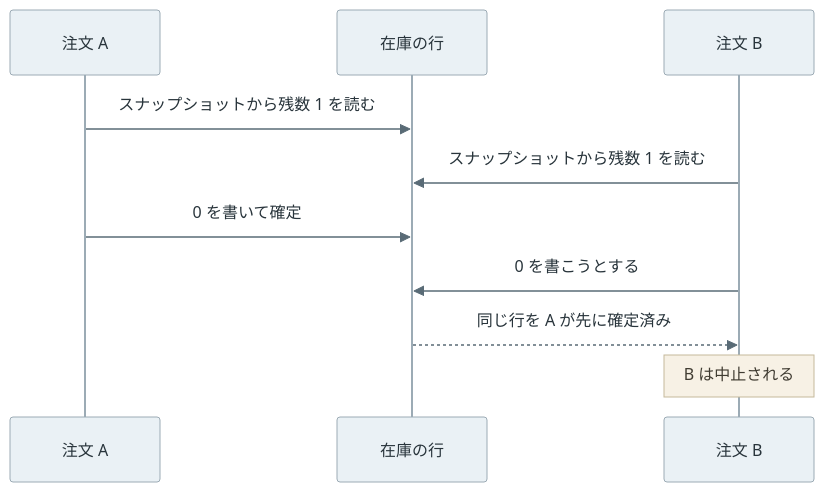
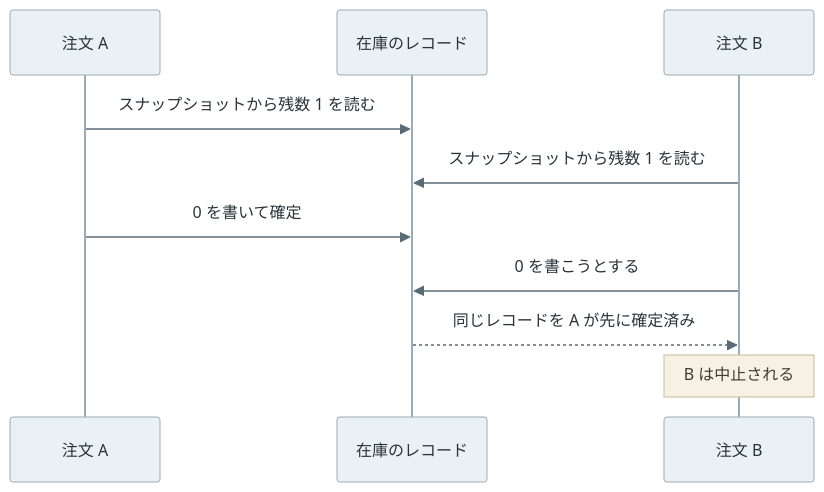
One commit to nao1215/debimate changed the second of 4 diagrams in content/notes/database-systems/snapshot-isolation/index.md. Above: the diagram before and after it, drawn with Mermaid. The commit also changed other lines of this file and 125 other files, not shown here.

````diff
--- a/content/notes/database-systems/snapshot-isolation/index.md
+++ b/content/notes/database-systems/snapshot-isolation/index.md
@@ -60,13 +62,13 @@
 ```mermaid
 %%{init: {"theme":"base","themeVariables":{"primaryColor":"#eaf1f5","primaryTextColor":"#28343b","primaryBorderColor":"#9cabb5","lineColor":"#596b76","textColor":"#28343b","actorBkg":"#eaf1f5","actorBorder":"#9cabb5","actorTextColor":"#28343b","actorLineColor":"#9cabb5","signalColor":"#596b76","signalTextColor":"#28343b","noteBkgColor":"#f7f1e5","noteBorderColor":"#c5b99b","noteTextColor":"#403c32","activationBkgColor":"#edf3ef","activationBorderColor":"#9aafa1"}}}%%
 sequenceDiagram
     participant A as 注文 A
-    participant D as 在庫の行
+    participant D as 在庫のレコード
     participant B as 注文 B
     A->>D: スナップショットから残数 1 を読む
     B->>D: スナップショットから残数 1 を読む
     A->>D: 0 を書いて確定
     B->>D: 0 を書こうとする
-    D-->>B: 同じ行を A が先に確定済み
+    D-->>B: 同じレコードを A が先に確定済み
     Note over B: B は中止される
 ```
````
